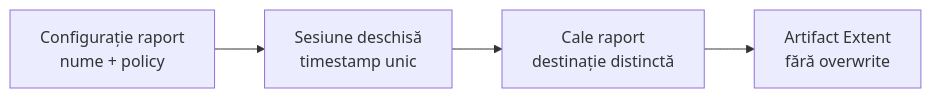
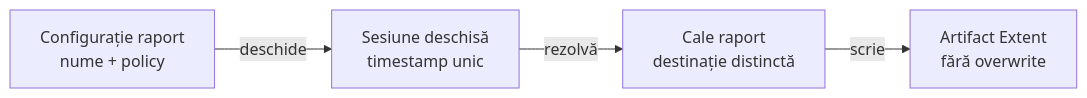
Before and after one commit to crististefanita/demo2: the ninth of 9 diagrams in docs/ATF_Reporting_Contract.md, drawn with Mermaid. The commit also changed other lines of this file and 52 other files, not shown here.

````diff
--- a/docs/ATF_Reporting_Contract.md
+++ b/docs/ATF_Reporting_Contract.md
@@ -486,6 +486,6 @@
 ```mermaid
 flowchart LR
-    Config["Configurație raport<br/>nume + policy"] --> Session["Sesiune deschisă<br/>timestamp unic"]
-    Session --> Path["Cale raport<br/>destinație distinctă"]
-    Path --> Artifact["Artifact Extent<br/>fără overwrite"]
+    Config["Configurație raport<br/>nume + policy"] -->|deschide| Session["Sesiune deschisă<br/>timestamp unic"]
+    Session -->|rezolvă| Path["Cale raport<br/>destinație distinctă"]
+    Path -->|scrie| Artifact["Artifact Extent<br/>fără overwrite"]
 ```
````
